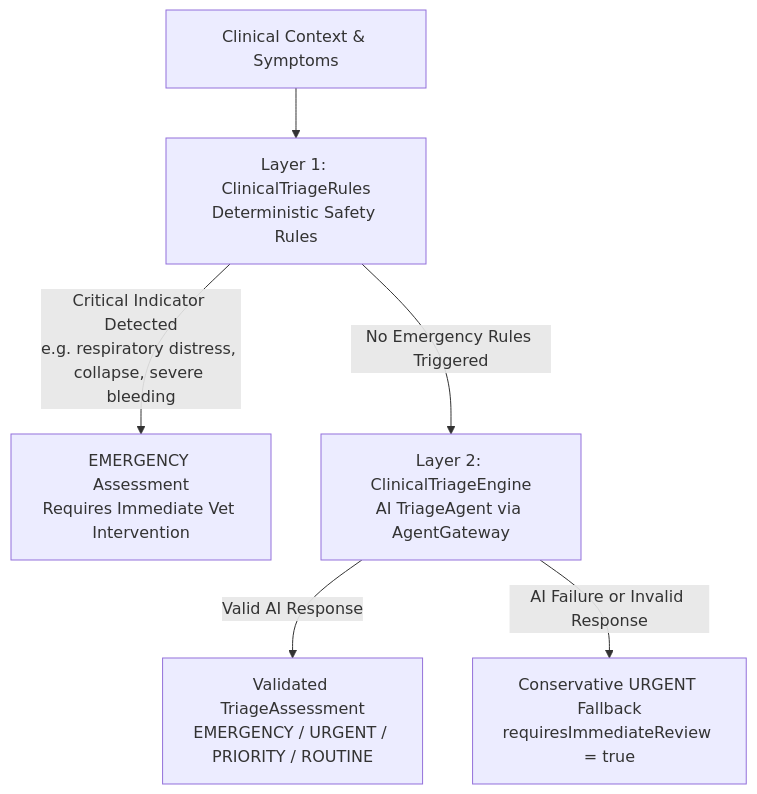
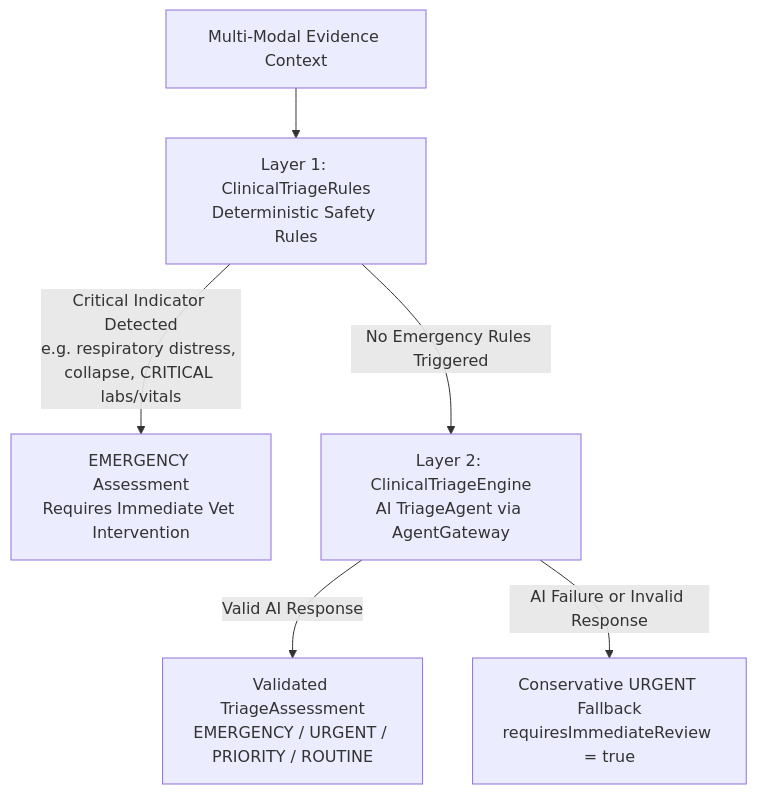
One commit to omrajput14/pashu-sathii changed the diagram in docs/architecture/clinical-triage.md. Above: the diagram before and after it, drawn with Mermaid. The commit also changed other lines of this file and 39 other files, not shown here.

Commit message:
feat(ai): complete Stage 13.1.3 enterprise multi-modal clinical intelligence

````diff
--- a/docs/architecture/clinical-triage.md
+++ b/docs/architecture/clinical-triage.md
@@ -17,11 +15,11 @@
 ```mermaid
 flowchart TD
-    Request[Clinical Context & Symptoms] --> Layer1[Layer 1: ClinicalTriageRules<br/>Deterministic Safety Rules]
+    Request[Multi-Modal Evidence Context] --> Layer1[Layer 1: ClinicalTriageRules<br/>Deterministic Safety Rules]
     
-    Layer1 -->|Critical Indicator Detected<br/>e.g. respiratory distress, collapse, severe bleeding| Emergency[EMERGENCY Assessment<br/>Requires Immediate Vet Intervention]
+    Layer1 -->|Critical Indicator Detected<br/>e.g. respiratory distress, collapse, CRITICAL labs/vitals| Emergency[EMERGENCY Assessment<br/>Requires Immediate Vet Intervention]
     
     Layer1 -->|No Emergency Rules Triggered| Layer2[Layer 2: ClinicalTriageEngine<br/>AI TriageAgent via AgentGateway]
     
     Layer2 -->|Valid AI Response| Validated[Validated TriageAssessment<br/>EMERGENCY / URGENT / PRIORITY / ROUTINE]
     Layer2 -->|AI Failure or Invalid Response| Fallback[Conservative URGENT Fallback<br/>requiresImmediateReview = true]
 ```
````
